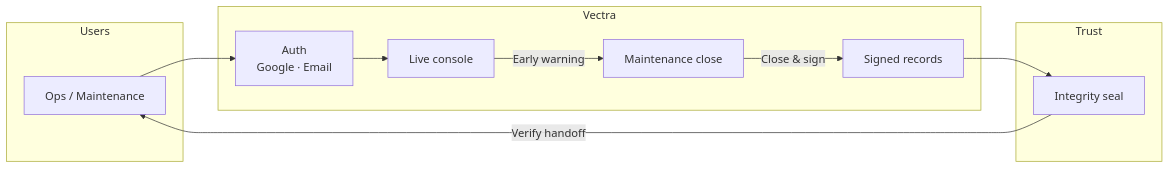
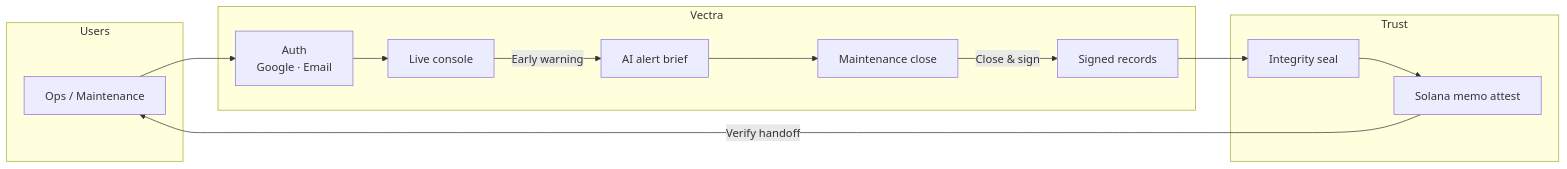
The first of 2 diagrams in README.md (thesithunyein/vectra), drawn with Mermaid before and after one commit. The commit also changed other lines of this file and 11 other files, not shown here.

First line of the commit message:
Add AI alert briefs and Solana seal attestation.

````diff
--- a/README.md
+++ b/README.md
@@ -39,23 +40,26 @@
 ```mermaid
 flowchart LR
   subgraph Users
     U[Ops / Maintenance]
   end
 
   subgraph Vectra
     A[Auth<br/>Google · Email]
     C[Live console]
+    AI[AI alert brief]
     M[Maintenance close]
     R[Signed records]
   end
 
   subgraph Trust
     S[Integrity seal]
+    CH[Solana memo attest]
   end
 
   U --> A --> C
-  C -->|Early warning| M
+  C -->|Early warning| AI
+  AI --> M
   M -->|Close & sign| R
-  R --> S
-  S -->|Verify handoff| U
+  R --> S --> CH
+  CH -->|Verify handoff| U
 ```
````
